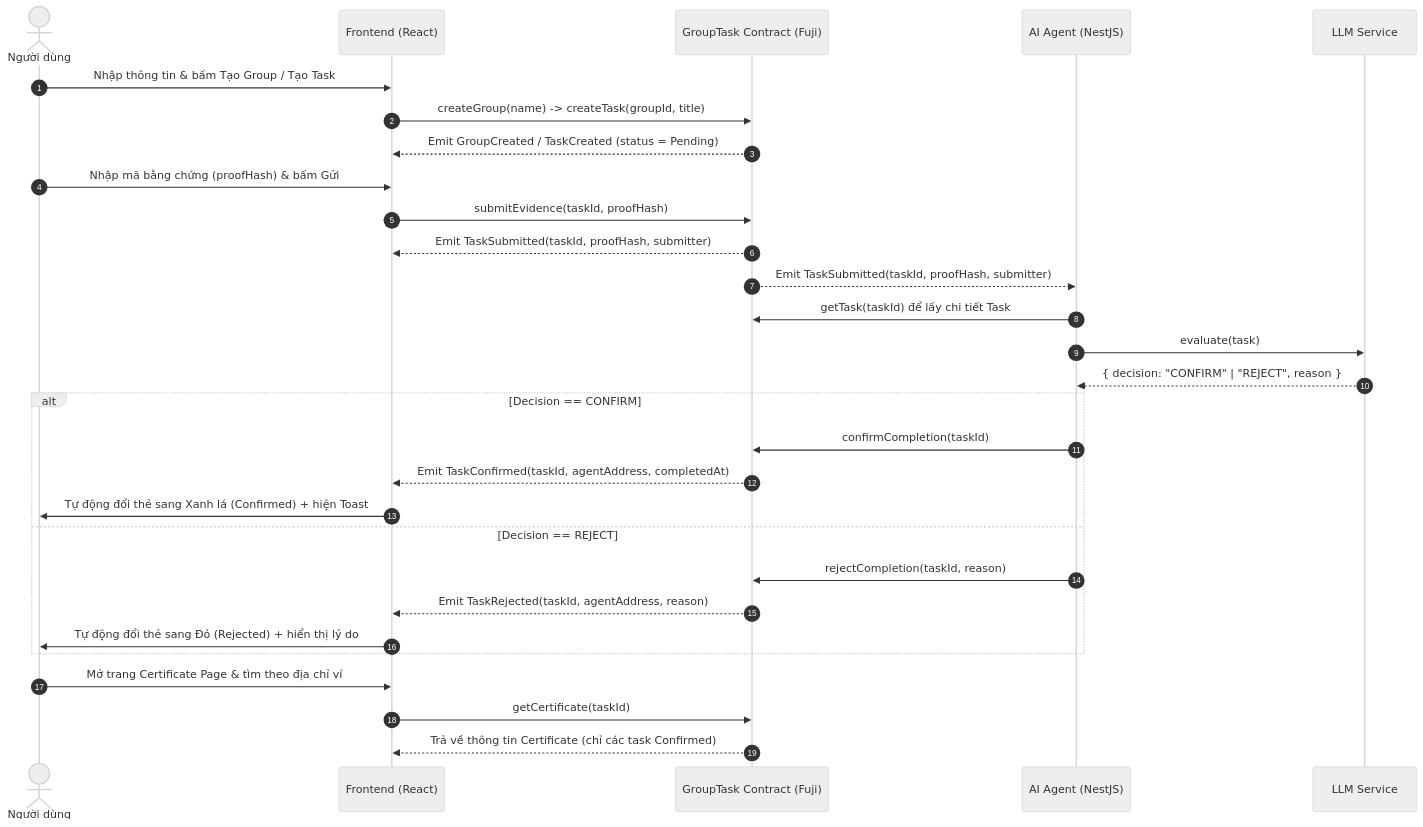
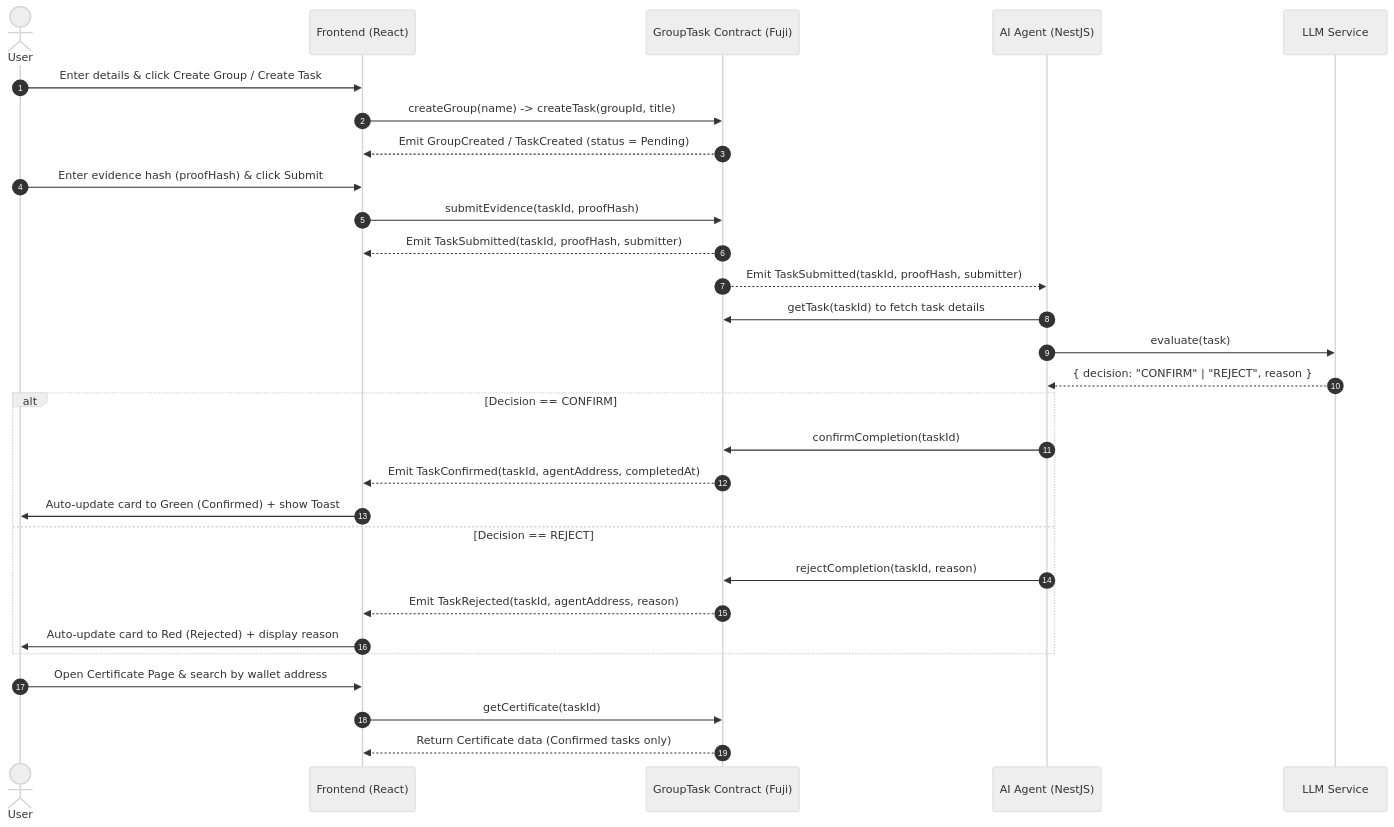
The second of 2 diagrams in docs/architecture.md (ddhoang2440/ProofWork), drawn with Mermaid (neutral theme) before and after one commit. The commit also changed other lines of this file and 4 other files, not shown here.

Commit message:
docs: add API, architecture, and smart contract interface specifications

````diff
--- a/docs/architecture.md
+++ b/docs/architecture.md
@@ -27,36 +27,36 @@
 ```mermaid
 sequenceDiagram
     autonumber
-    actor User as Người dùng
+    actor User as User
     participant FE as Frontend (React)
     participant SC as GroupTask Contract (Fuji)
     participant Agent as AI Agent (NestJS)
     participant LLM as LLM Service
 
-    User->>FE: Nhập thông tin & bấm Tạo Group / Tạo Task
+    User->>FE: Enter details & click Create Group / Create Task
     FE->>SC: createGroup(name) -> createTask(groupId, title)
     SC-->>FE: Emit GroupCreated / TaskCreated (status = Pending)
 
-    User->>FE: Nhập mã bằng chứng (proofHash) & bấm Gửi
+    User->>FE: Enter evidence hash (proofHash) & click Submit
     FE->>SC: submitEvidence(taskId, proofHash)
     SC-->>FE: Emit TaskSubmitted(taskId, proofHash, submitter)
     SC-->>Agent: Emit TaskSubmitted(taskId, proofHash, submitter)
 
-    Agent->>SC: getTask(taskId) để lấy chi tiết Task
+    Agent->>SC: getTask(taskId) to fetch task details
     Agent->>LLM: evaluate(task)
     LLM-->>Agent: { decision: "CONFIRM" | "REJECT", reason }
 
     alt Decision == CONFIRM
         Agent->>SC: confirmCompletion(taskId)
         SC-->>FE: Emit TaskConfirmed(taskId, agentAddress, completedAt)
-        FE->>User: Tự động đổi thẻ sang Xanh lá (Confirmed) + hiện Toast
+        FE->>User: Auto-update card to Green (Confirmed) + show Toast
     else Decision == REJECT
         Agent->>SC: rejectCompletion(taskId, reason)
         SC-->>FE: Emit TaskRejected(taskId, agentAddress, reason)
-        FE->>User: Tự động đổi thẻ sang Đỏ (Rejected) + hiển thị lý do
+        FE->>User: Auto-update card to Red (Rejected) + display reason
     end
 
-    User->>FE: Mở trang Certificate Page & tìm theo địa chỉ ví
+    User->>FE: Open Certificate Page & search by wallet address
     FE->>SC: getCertificate(taskId)
-    SC-->>FE: Trả về thông tin Certificate (chỉ các task Confirmed)
+    SC-->>FE: Return Certificate data (Confirmed tasks only)
 ```
````
